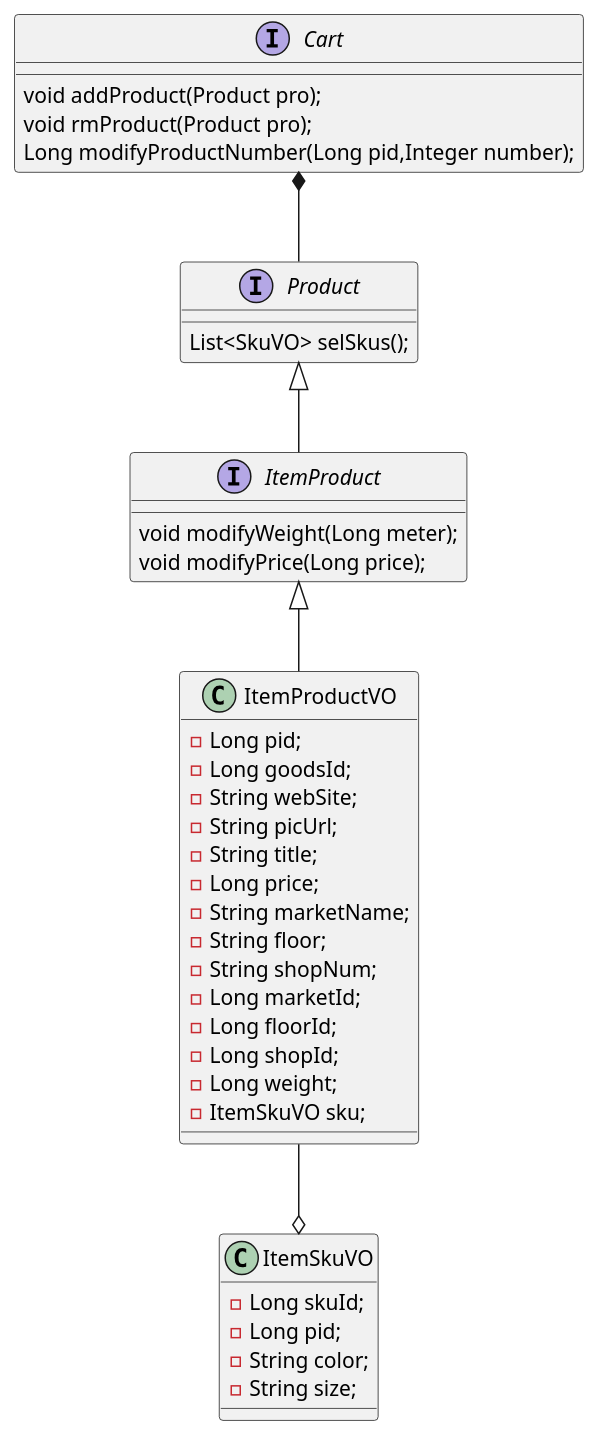
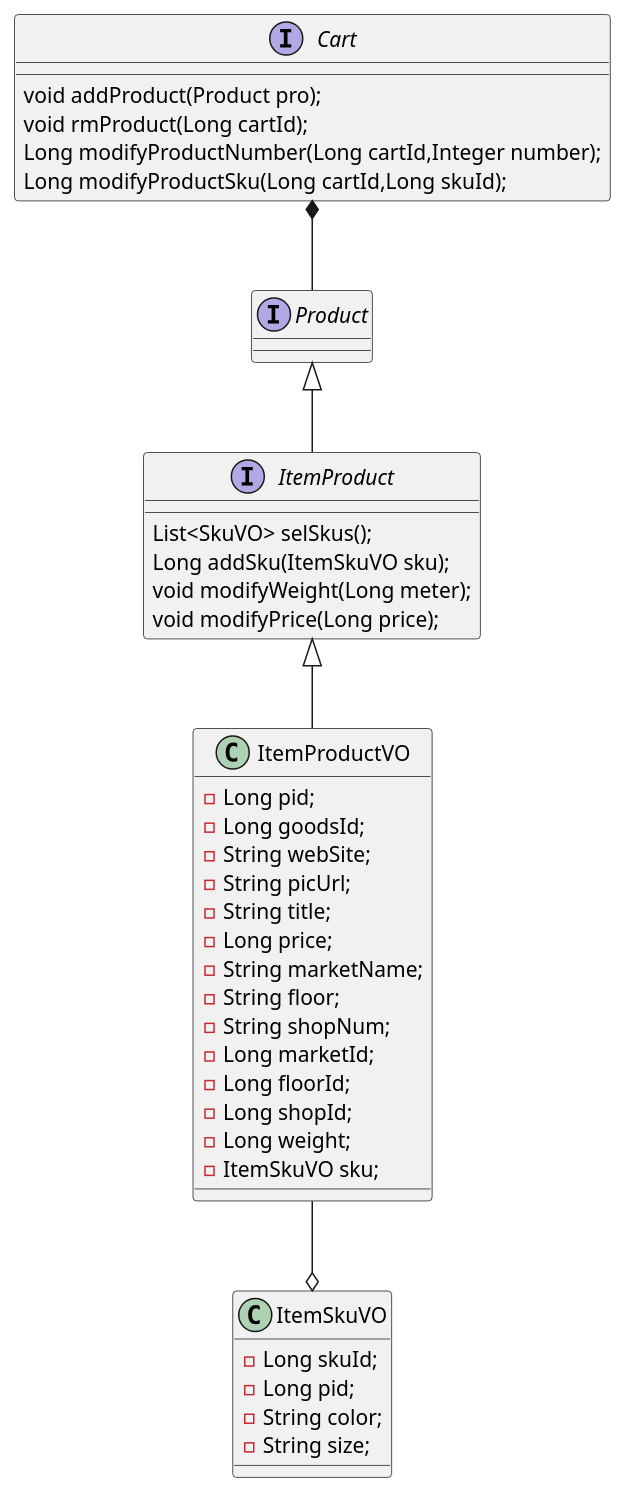
One commit to pogy/main-pom changed the diagram in main4-order/main4-order-api/src/main/resources/cartAndProduct.puml. Above: the diagram before and after it, drawn with PlantUML. The commit also changed 8 other files, not shown here.

```diff
--- a/main4-order/main4-order-api/src/main/resources/cartAndProduct.puml
+++ b/main4-order/main4-order-api/src/main/resources/cartAndProduct.puml
@@ -1,47 +1,50 @@
 @startuml
 
 interface Cart{
 void addProduct(Product pro);
-void rmProduct(Product pro);
-Long modifyProductNumber(Long pid,Integer number);
+void rmProduct(Long cartId);
+Long modifyProductNumber(Long cartId,Integer number);
+Long modifyProductSku(Long cartId,Long skuId);
 }
 
 interface Product{
-List<SkuVO> selSkus();
+
 }
 
 interface ItemProduct{
+List<SkuVO> selSkus();
+Long addSku(ItemSkuVO sku);
 void modifyWeight(Long meter);
 void modifyPrice(Long price);
 }
 
 class ItemProductVO{
 -Long pid;
 -Long goodsId;
 -String webSite;
 -String picUrl;
 -String title;
 -Long price;
 -String marketName;
 -String floor;
 -String shopNum;
 -Long marketId;
 -Long floorId;
 -Long shopId;
 -Long weight;
 -ItemSkuVO sku;
 }
 
 class ItemSkuVO{
 -Long skuId;
 -Long pid;
 -String color;
 -String size;
 }
 
 Cart *-- Product
 Product <|-- ItemProduct
 ItemProduct <|-- ItemProductVO
 ItemProductVO --o ItemSkuVO
 
 @enduml
```
